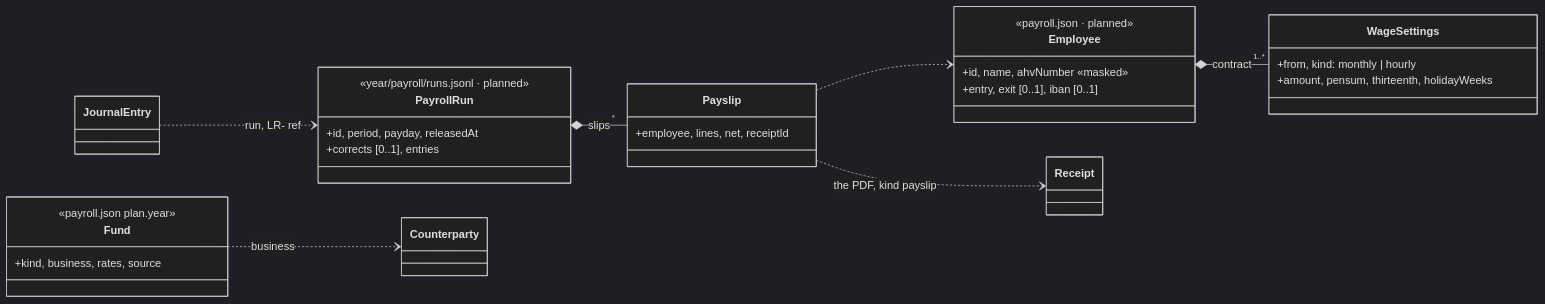
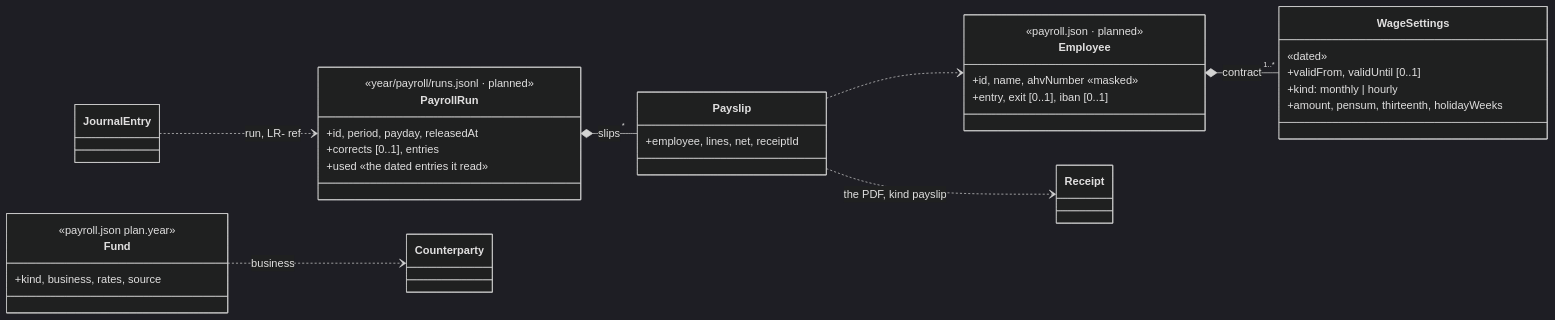
The fourth of 5 diagrams in docs/specs/domain-model.md (VanillaSystems/vanilla-accounting), drawn with Mermaid (dark theme) before and after one commit. The commit also changed other lines of this file and 1 other file, not shown here.

````diff
--- a/docs/specs/domain-model.md
+++ b/docs/specs/domain-model.md
@@ -458,31 +468,34 @@
 ```mermaid
 classDiagram
   direction LR
   class Employee {
     <<payroll.json · planned>>
     +id, name, ahvNumber «masked»
     +entry, exit [0..1], iban [0..1]
   }
   class WageSettings {
-    +from, kind: monthly | hourly
+    «dated»
+    +validFrom, validUntil [0..1]
+    +kind: monthly | hourly
     +amount, pensum, thirteenth, holidayWeeks
   }
   class Fund {
     <<payroll.json plan.year>>
     +kind, business, rates, source
   }
   class PayrollRun {
     <<year/payroll/runs.jsonl · planned>>
     +id, period, payday, releasedAt
     +corrects [0..1], entries
+    +used «the dated entries it read»
   }
   class Payslip {
     +employee, lines, net, receiptId
   }
   Employee *-- "1..*" WageSettings : contract
   PayrollRun *-- "*" Payslip : slips
   Payslip ..> Employee
   Payslip ..> Receipt : the PDF, kind payslip
   Fund ..> Counterparty : business
   JournalEntry ..> PayrollRun : run, LR- ref
 ```
````
